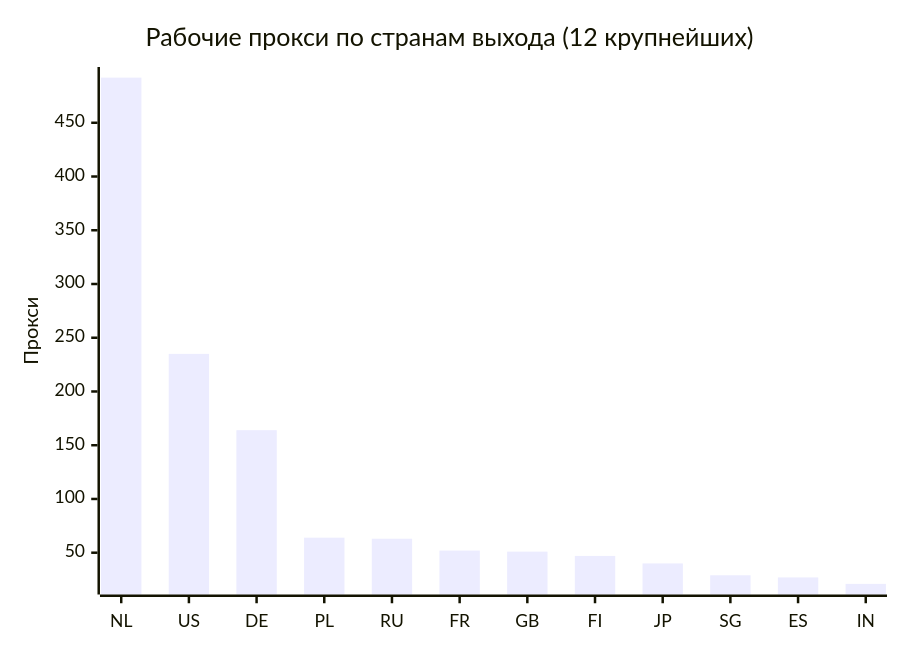
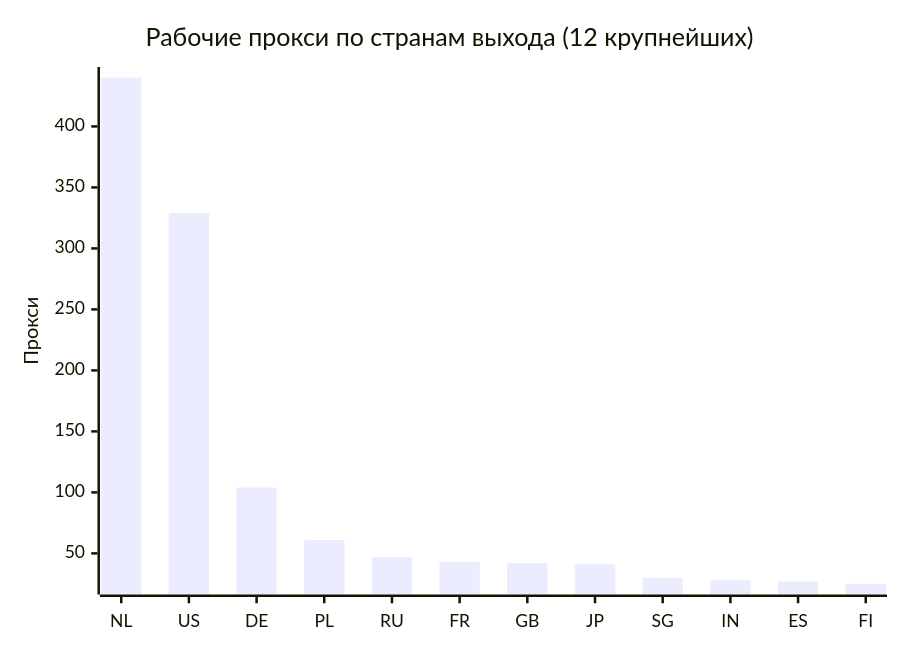
Before and after one commit to rvvg/proxy-subs: the second of 4 diagrams in README.md, drawn with Mermaid. The commit also changed other lines of this file and 54 other files, not shown here.

````diff
--- a/README.md
+++ b/README.md
@@ -135,7 +128,7 @@
 ```mermaid
 xychart-beta
     title "Рабочие прокси по странам выхода (12 крупнейших)"
-    x-axis ["NL", "US", "DE", "PL", "RU", "FR", "GB", "FI", "JP", "SG", "ES", "IN"]
+    x-axis ["NL", "US", "DE", "PL", "RU", "FR", "GB", "JP", "SG", "IN", "ES", "FI"]
     y-axis "Прокси"
-    bar [492, 235, 164, 64, 63, 52, 51, 47, 40, 29, 27, 21]
+    bar [440, 329, 104, 61, 47, 43, 42, 41, 30, 28, 27, 25]
 ```
````
